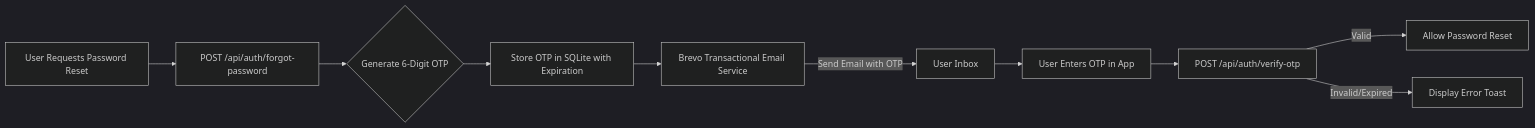
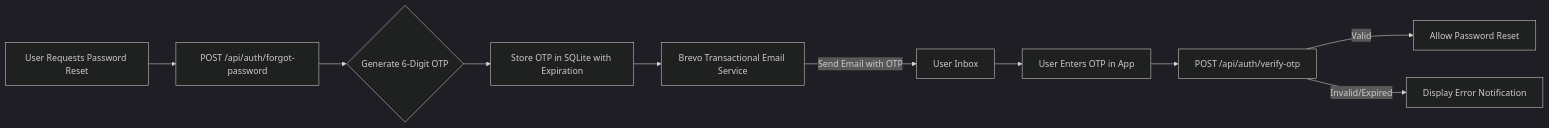
The second of 4 diagrams in README.md (anandK-S/GlobeTrotter), drawn with Mermaid (dark theme) before and after one commit. The commit also changed other lines of this file and 1 other file, not shown here.

Commit message:
docs: update architectural documentation and flowcharts for production submission

````diff
--- a/README.md
+++ b/README.md
@@ -64,12 +63,12 @@
 ```mermaid
 flowchart LR
     A[User Requests Password Reset] --> B[POST /api/auth/forgot-password]
     B --> C{Generate 6-Digit OTP}
     C --> D[Store OTP in SQLite with Expiration]
     D --> E[Brevo Transactional Email Service]
     E -->|Send Email with OTP| F[User Inbox]
     F --> G[User Enters OTP in App]
     G --> H[POST /api/auth/verify-otp]
     H -- Valid --> I[Allow Password Reset]
-    H -- Invalid/Expired --> J[Display Error Toast]
+    H -- Invalid/Expired --> J[Display Error Notification]
 ```
````
